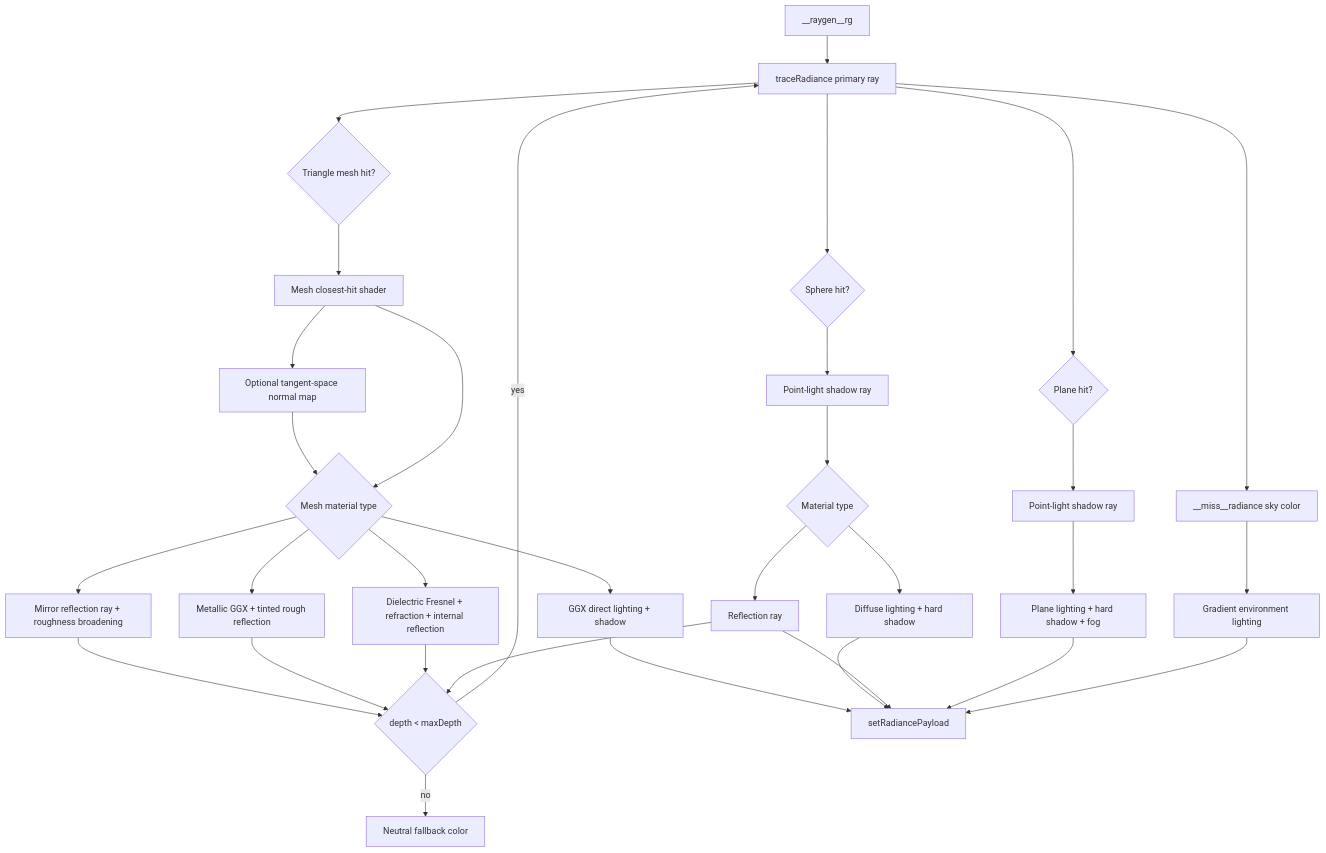
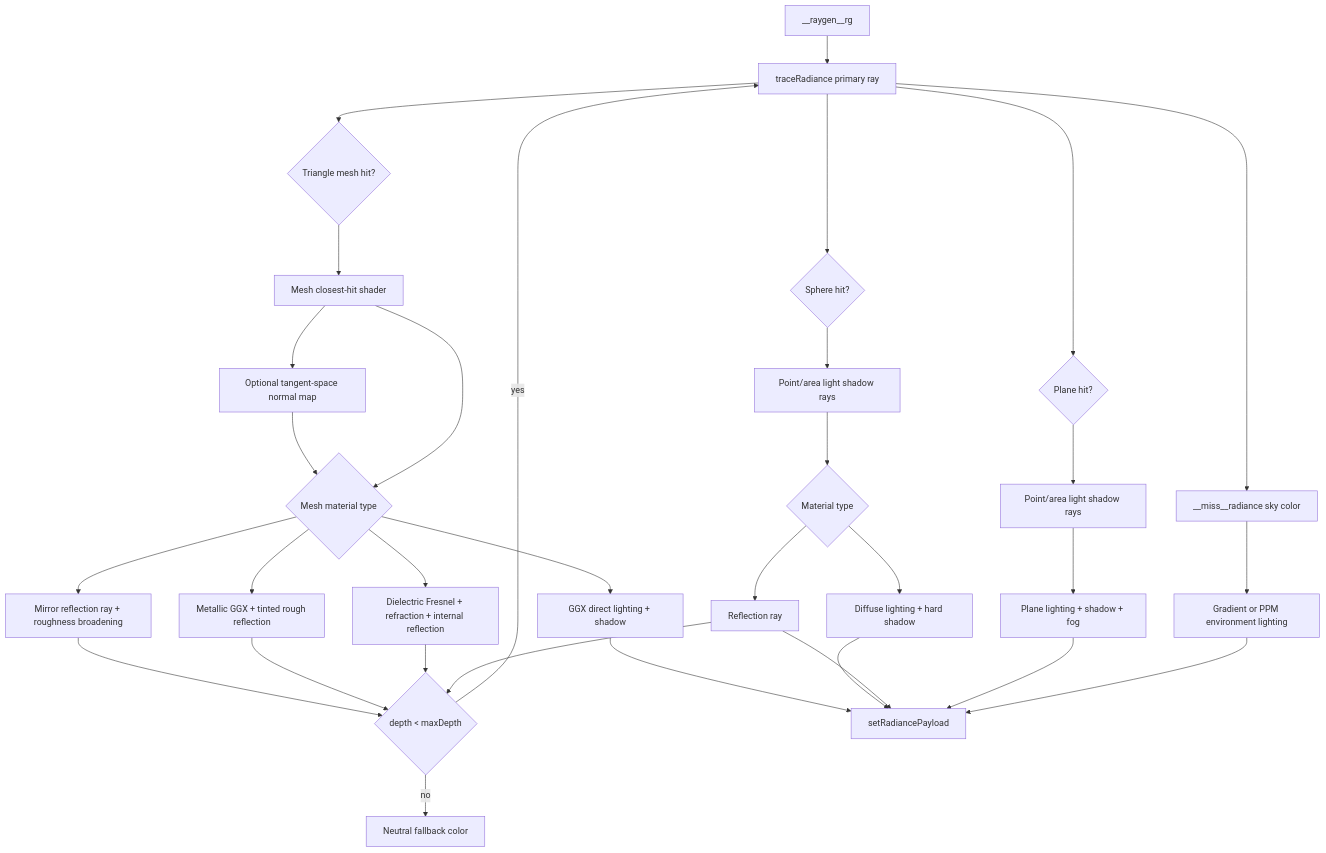
Before and after one commit to Tundraws/RayTracer: the third of 4 diagrams in RayTracerRTX/docs/architecture.md, drawn with Mermaid. The commit also changed other lines of this file and 17 other files, not shown here.

Commit message:
feat: add area lighting and environment maps

````diff
--- a/RayTracerRTX/docs/architecture.md
+++ b/RayTracerRTX/docs/architecture.md
@@ -88,34 +88,34 @@
 ```mermaid
 flowchart TD
     RG["__raygen__rg"] --> Primary["traceRadiance primary ray"]
     Primary --> HitSphere{"Sphere hit?"}
     Primary --> HitMesh{"Triangle mesh hit?"}
     Primary --> HitPlane{"Plane hit?"}
     Primary --> Miss["__miss__radiance sky color"]
-    Miss --> Environment["Gradient environment lighting"]
-    HitSphere --> Shadow["Point-light shadow ray"]
+    Miss --> Environment["Gradient or PPM environment lighting"]
+    HitSphere --> Shadow["Point/area light shadow rays"]
     HitMesh --> MeshClosestHit["Mesh closest-hit shader"]
     MeshClosestHit --> NormalMap["Optional tangent-space normal map"]
     NormalMap --> MeshMaterial
     MeshClosestHit --> MeshMaterial{"Mesh material type"}
     MeshMaterial --> MeshDiffuse["GGX direct lighting + shadow"]
     MeshMaterial --> MeshMirror["Mirror reflection ray + roughness broadening"]
     MeshMaterial --> MeshMetal["Metallic GGX + tinted rough reflection"]
     MeshMaterial --> MeshGlass["Dielectric Fresnel + refraction + internal reflection"]
     MeshMirror --> Depth
     MeshMetal --> Depth
     MeshGlass --> Depth
     MeshDiffuse --> Output
     Shadow --> Material{"Material type"}
     Material --> Diffuse["Diffuse lighting + hard shadow"]
     Material --> Mirror["Reflection ray"]
     Mirror --> Depth{"depth < maxDepth"}
     Depth -->|yes| Primary
     Depth -->|no| Fallback["Neutral fallback color"]
-    HitPlane --> PlaneShadow["Point-light shadow ray"]
-    PlaneShadow --> PlaneLight["Plane lighting + hard shadow + fog"]
+    HitPlane --> PlaneShadow["Point/area light shadow rays"]
+    PlaneShadow --> PlaneLight["Plane lighting + shadow + fog"]
     Diffuse --> Output["setRadiancePayload"]
     Mirror --> Output
     PlaneLight --> Output
     Environment --> Output
 ```
````
